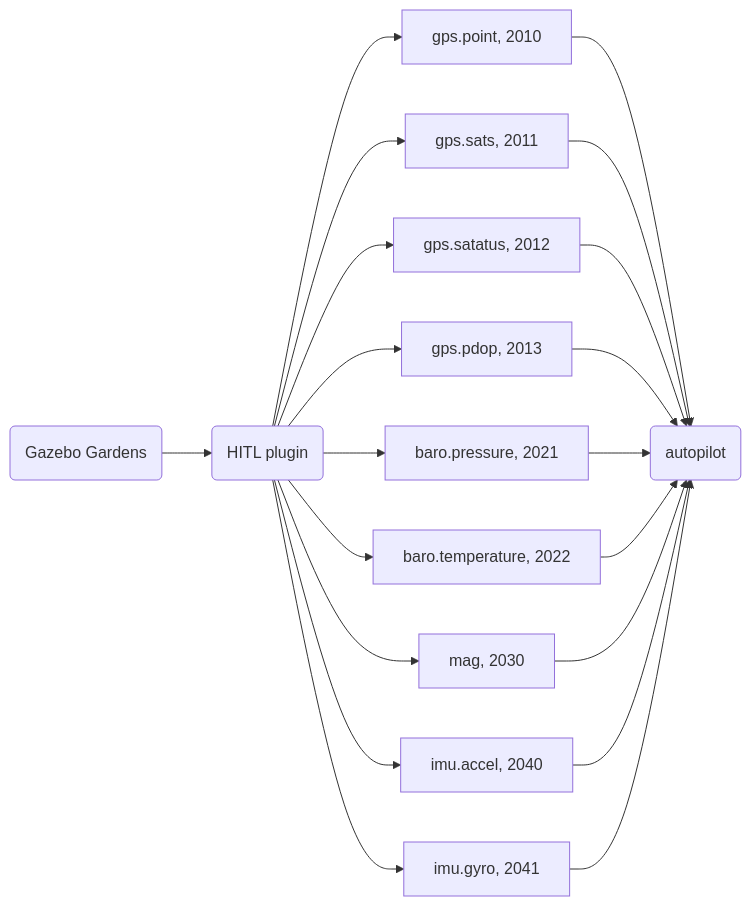
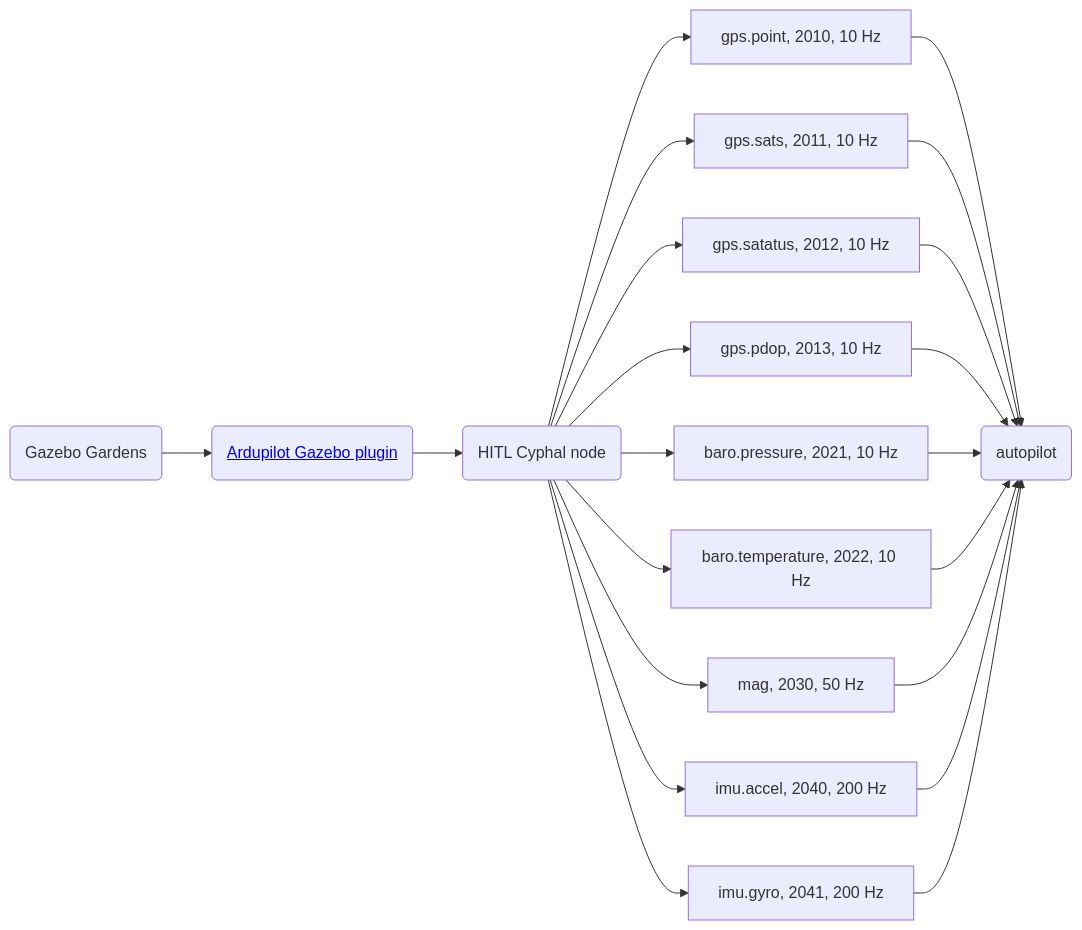
Before and after one commit to RaccoonlabDev/cyphal_application: the second of 2 diagrams in tests/autopilot_hitl/README.md, drawn with Mermaid. The commit also changed other lines of this file and 9 other files, not shown here.

Commit message:
first version of hitl working with default ardupilot gz plugin

````diff
--- a/tests/autopilot_hitl/README.md
+++ b/tests/autopilot_hitl/README.md
@@ -22,19 +28,20 @@
 ```mermaid
 flowchart LR
 
 hw(autopilot)
-hitl(HITL plugin)
+hitl_node(HITL Cyphal node)
+ap_gz_plugin(<a href='https://github.com/ArduPilot/ardupilot_gazebo'>Ardupilot Gazebo plugin</a>)
 gz(Gazebo Gardens)
 
 
-hitl --> gps_point[ gps.point, 2010] --> hw
-hitl --> gps_sats[ gps.sats, 2011] --> hw
-hitl --> gps_status[ gps.satatus, 2012] --> hw
-hitl --> gps_pdop[ gps.pdop, 2013] --> hw
-hitl --> baro_pressure[ baro.pressure, 2021] --> hw
-hitl --> baro_temperature[ baro.temperature, 2022] --> hw
-hitl --> mag[ mag, 2030] --> hw
-hitl --> imu_accel[ imu.accel, 2040] --> hw
-hitl --> imu_gyro[ imu.gyro, 2041] --> hw
-gz --> hitl
+hitl_node --> gps_point[ gps.point, 2010, 10 Hz] --> hw
+hitl_node --> gps_sats[ gps.sats, 2011, 10 Hz] --> hw
+hitl_node --> gps_status[ gps.satatus, 2012, 10 Hz] --> hw
+hitl_node --> gps_pdop[ gps.pdop, 2013, 10 Hz] --> hw
+hitl_node --> baro_pressure[ baro.pressure, 2021, 10 Hz] --> hw
+hitl_node --> baro_temperature[ baro.temperature, 2022, 10 Hz] --> hw
+hitl_node --> mag[ mag, 2030, 50 Hz] --> hw
+hitl_node --> imu_accel[ imu.accel, 2040, 200 Hz] --> hw
+hitl_node --> imu_gyro[ imu.gyro, 2041, 200 Hz] --> hw
+gz --> ap_gz_plugin --> hitl_node
 ```
````
